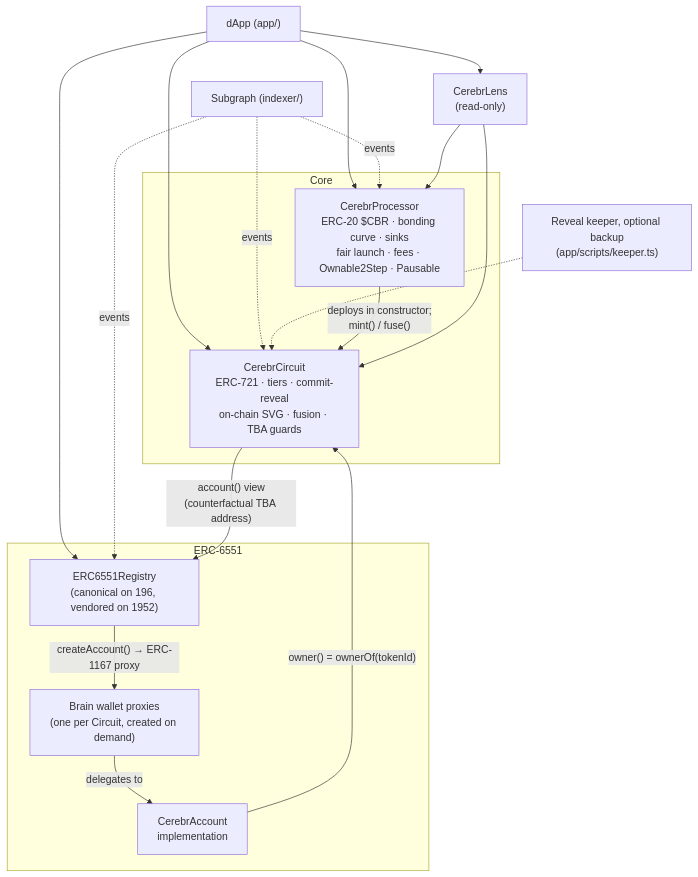
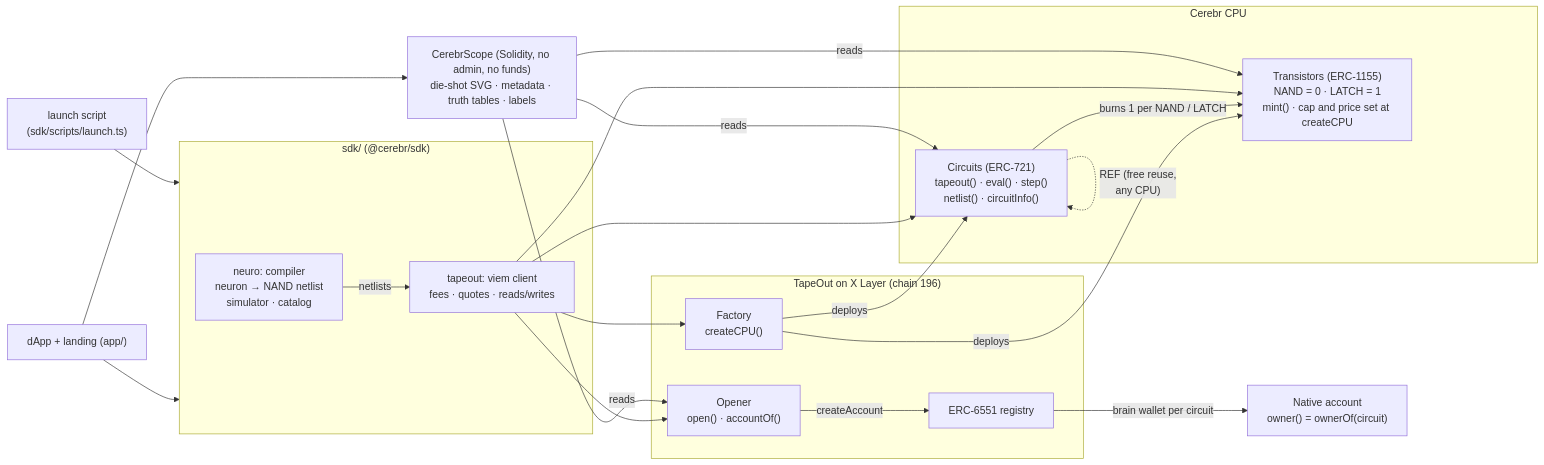
One commit to NetLayerLabs/Cerebr changed the diagram in README.md. Above: the diagram before and after it, drawn with Mermaid. The commit also changed other lines of this file, not shown here.

First line of the commit message:
docs: rewrite the README for Cerebr on TapeOut

````diff
--- a/README.md
+++ b/README.md
@@ -47,25 +39,28 @@
 ```mermaid
-flowchart TB
-    subgraph CORE ["Core"]
-      P["CerebrProcessor<br/>ERC-20 $CBR · bonding curve · sinks<br/>fair launch · fees · Ownable2Step · Pausable"]
-      C["CerebrCircuit<br/>ERC-721 · tiers · commit-reveal<br/>on-chain SVG · fusion · TBA guards"]
+flowchart LR
+    subgraph TO ["TapeOut on X Layer (chain 196)"]
+      F["Factory<br/>createCPU()"]
+      OP["Opener<br/>open() · accountOf()"]
+      REG["ERC-6551 registry"]
     end
-    subgraph E6551 ["ERC-6551"]
-      REG["ERC6551Registry<br/>(canonical on 196, vendored on 1952)"]
-      ACC["CerebrAccount<br/>implementation"]
-      TBA["Brain wallet proxies<br/>(one per Circuit, created on demand)"]
+    subgraph CPU ["Cerebr CPU"]
+      T["Transistors (ERC-1155)<br/>NAND = 0 · LATCH = 1<br/>mint() · cap and price set at createCPU"]
+      C["Circuits (ERC-721)<br/>tapeout() · eval() · step()<br/>netlist() · circuitInfo()"]
     end
-    L["CerebrLens<br/>(read-only)"]
-    APP["dApp (app/)"] --> L
-    APP --> P
-    APP --> C
-    APP --> REG
-    IDX["Subgraph (indexer/)"] -. events .-> P & C & REG
-    KEEP["Reveal keeper, optional backup<br/>(app/scripts/keeper.ts)"] -.-> C
-    P -- "deploys in constructor;<br/>mint() / fuse()" --> C
-    C -- "account() view<br/>(counterfactual TBA address)" --> REG
-    REG -- "createAccount() → ERC-1167 proxy" --> TBA
-    TBA -- delegates to --> ACC
-    ACC -- "owner() = ownerOf(tokenId)" --> C
-    L --> P & C
+    F -- "deploys" --> T & C
+    C -- "burns 1 per NAND / LATCH" --> T
+    C -. "REF (free reuse,<br/>any CPU)" .-> C
+    OP -- "createAccount" --> REG
+    REG -- "brain wallet per circuit" --> ACC["Native account<br/>owner() = ownerOf(circuit)"]
+
+    subgraph SDK ["sdk/ (@cerebr/sdk)"]
+      N["neuro: compiler<br/>neuron → NAND netlist<br/>simulator · catalog"]
+      TC["tapeout: viem client<br/>fees · quotes · reads/writes"]
+    end
+    N -- "netlists" --> TC
+    TC --> F & T & C & OP
+    S["CerebrScope (Solidity, no admin, no funds)<br/>die-shot SVG · metadata · truth tables · labels"] -- "reads" --> C & T & OP
+    APP["dApp + landing (app/)"] --> SDK
+    APP --> S
+    L["launch script<br/>(sdk/scripts/launch.ts)"] --> SDK
 ```
````
